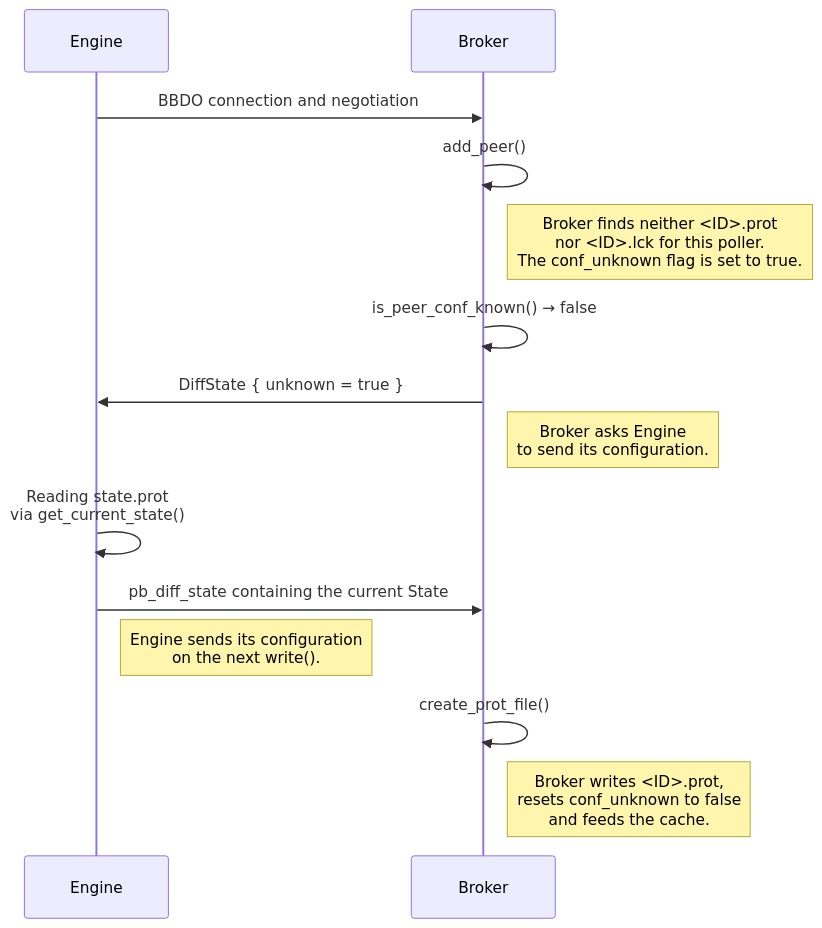
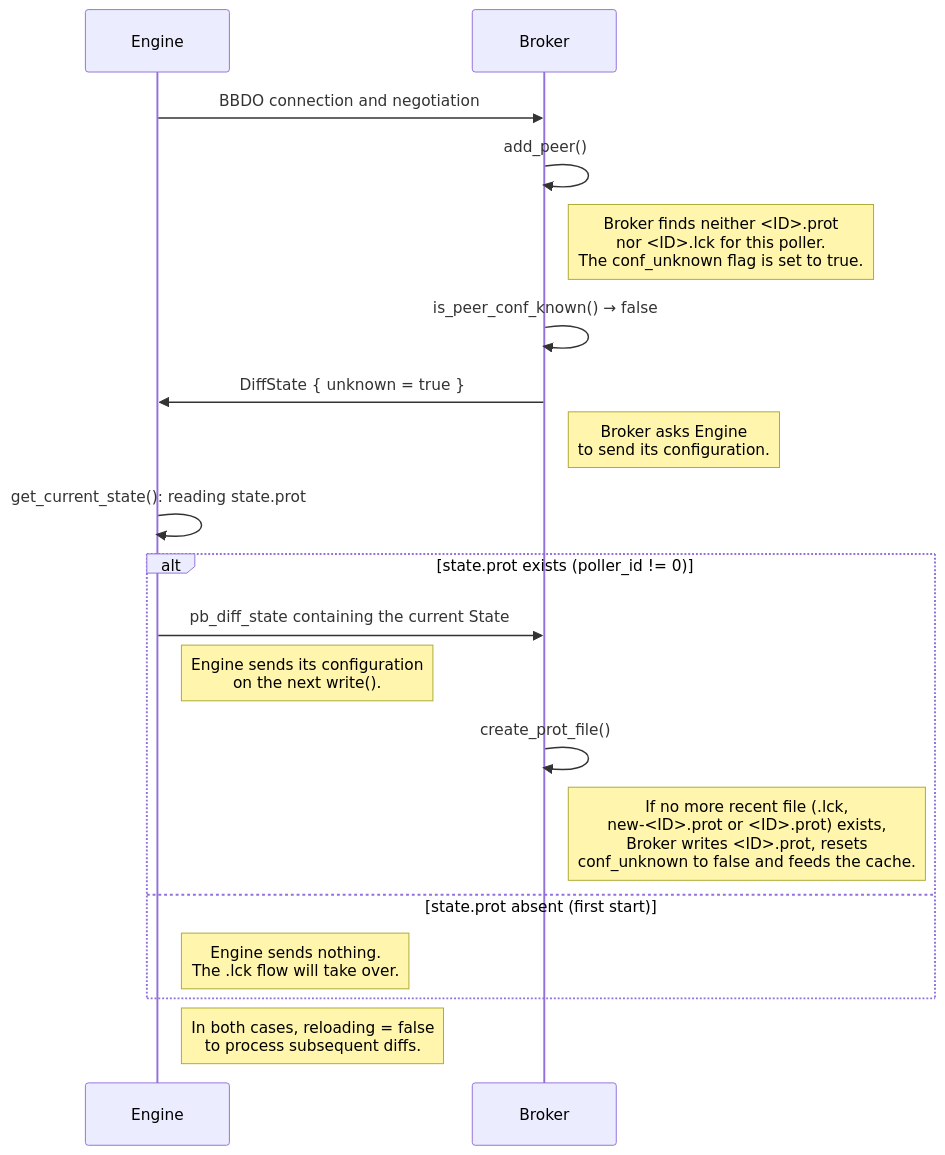
Before and after one commit to centreon/centreon-collect: the sixth of 18 diagrams in broker/doc/nego-engine-broker-en.md, drawn with Mermaid. The commit also changed other lines of this file and 1 other file, not shown here.

Commit message:
chore(doc): nego-engine-broker doc completed

````diff
--- a/broker/doc/nego-engine-broker-en.md
+++ b/broker/doc/nego-engine-broker-en.md
@@ -431,17 +455,22 @@
 ```mermaid
 sequenceDiagram
     participant E as Engine
     participant B as Broker
 
     E ->> B: BBDO connection and negotiation
     B ->> B: add_peer()
     note right of B: Broker finds neither <ID>.prot<br/>nor <ID>.lck for this poller.<br/>The conf_unknown flag is set to true.
     B ->> B: is_peer_conf_known() → false
     B ->> E: DiffState { unknown = true }
     note right of B: Broker asks Engine<br/>to send its configuration.
-    E ->> E: Reading state.prot<br/>via get_current_state()
-    E ->> B: pb_diff_state containing the current State
-    note right of E: Engine sends its configuration<br/>on the next write().
-    B ->> B: create_prot_file()
-    note right of B: Broker writes <ID>.prot,<br/>resets conf_unknown to false<br/>and feeds the cache.
+    E ->> E: get_current_state(): reading state.prot
+    alt state.prot exists (poller_id != 0)
+        E ->> B: pb_diff_state containing the current State
+        note right of E: Engine sends its configuration<br/>on the next write().
+        B ->> B: create_prot_file()
+        note right of B: If no more recent file (.lck,<br/>new-<ID>.prot or <ID>.prot) exists,<br/>Broker writes <ID>.prot, resets<br/>conf_unknown to false and feeds the cache.
+    else state.prot absent (first start)
+        note right of E: Engine sends nothing.<br/>The .lck flow will take over.
+    end
+    note right of E: In both cases, reloading = false<br/>to process subsequent diffs.
 ```
````
